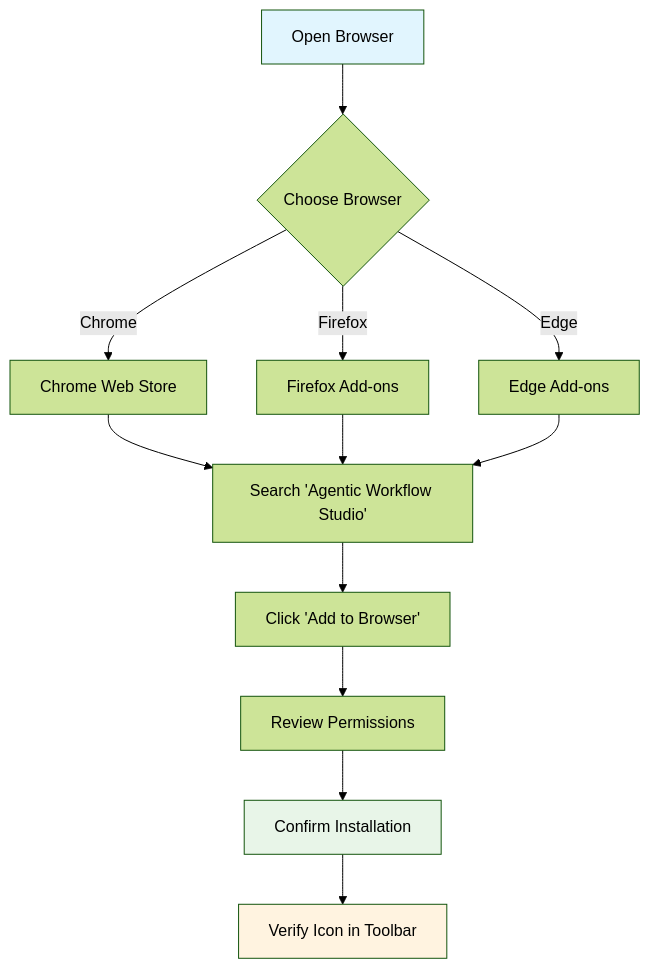
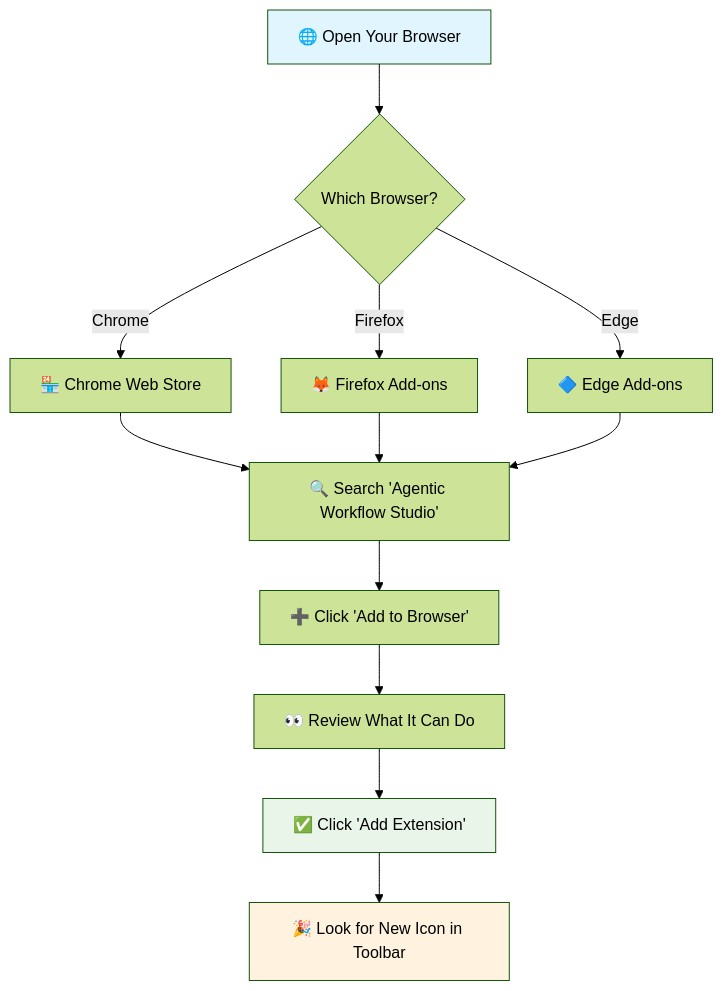
The diagram in src/content/docs/learning/text-courses/beginner/installation-setup.md (agentic-com/Agentic-Flow-Doc), drawn with Mermaid (forest theme) before and after one commit. The commit also changed other lines of this file and 4 other files, not shown here.

````diff
--- a/src/content/docs/learning/text-courses/beginner/installation-setup.md
+++ b/src/content/docs/learning/text-courses/beginner/installation-setup.md
@@ -26,20 +23,20 @@
 ```mermaid
 flowchart TD
-    A[Open Browser] --> B{Choose Browser}
-    B -->|Chrome| C[Chrome Web Store]
-    B -->|Firefox| D[Firefox Add-ons]
-    B -->|Edge| E[Edge Add-ons]
+    A[🌐 Open Your Browser] --> B{Which Browser?}
+    B -->|Chrome| C[🏪 Chrome Web Store]
+    B -->|Firefox| D[🦊 Firefox Add-ons]
+    B -->|Edge| E[🔷 Edge Add-ons]
     
-    C --> F[Search 'Agentic Workflow Studio']
+    C --> F[🔍 Search 'Agentic Workflow Studio']
     D --> F
     E --> F
     
-    F --> G[Click 'Add to Browser']
-    G --> H[Review Permissions]
-    H --> I[Confirm Installation]
-    I --> J[Verify Icon in Toolbar]
+    F --> G[➕ Click 'Add to Browser']
+    G --> H[👀 Review What It Can Do]
+    H --> I[✅ Click 'Add Extension']
+    I --> J[🎉 Look for New Icon in Toolbar]
     
     style A fill:#e1f5fe
     style I fill:#e8f5e8
     style J fill:#fff3e0
 ```
````
